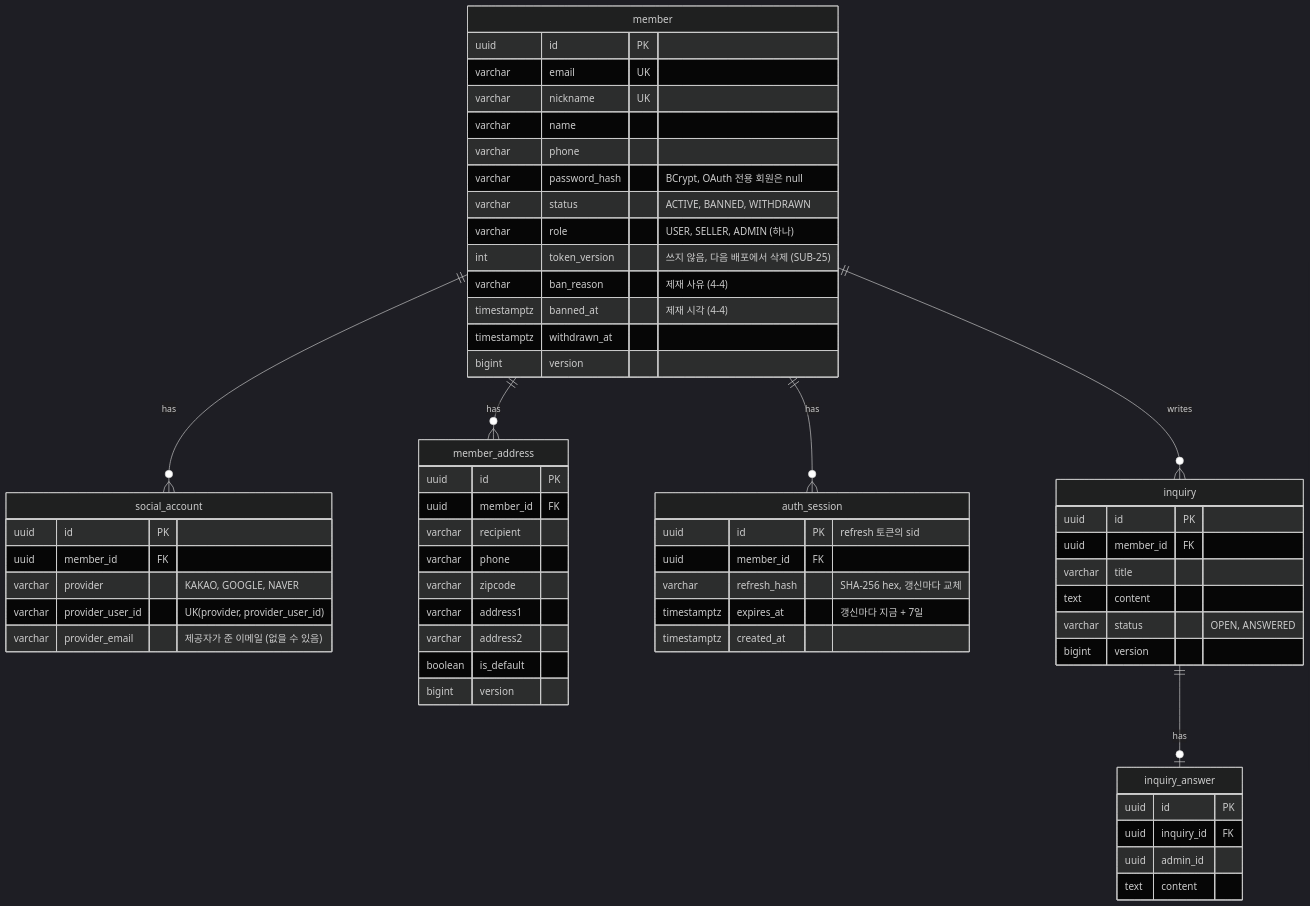
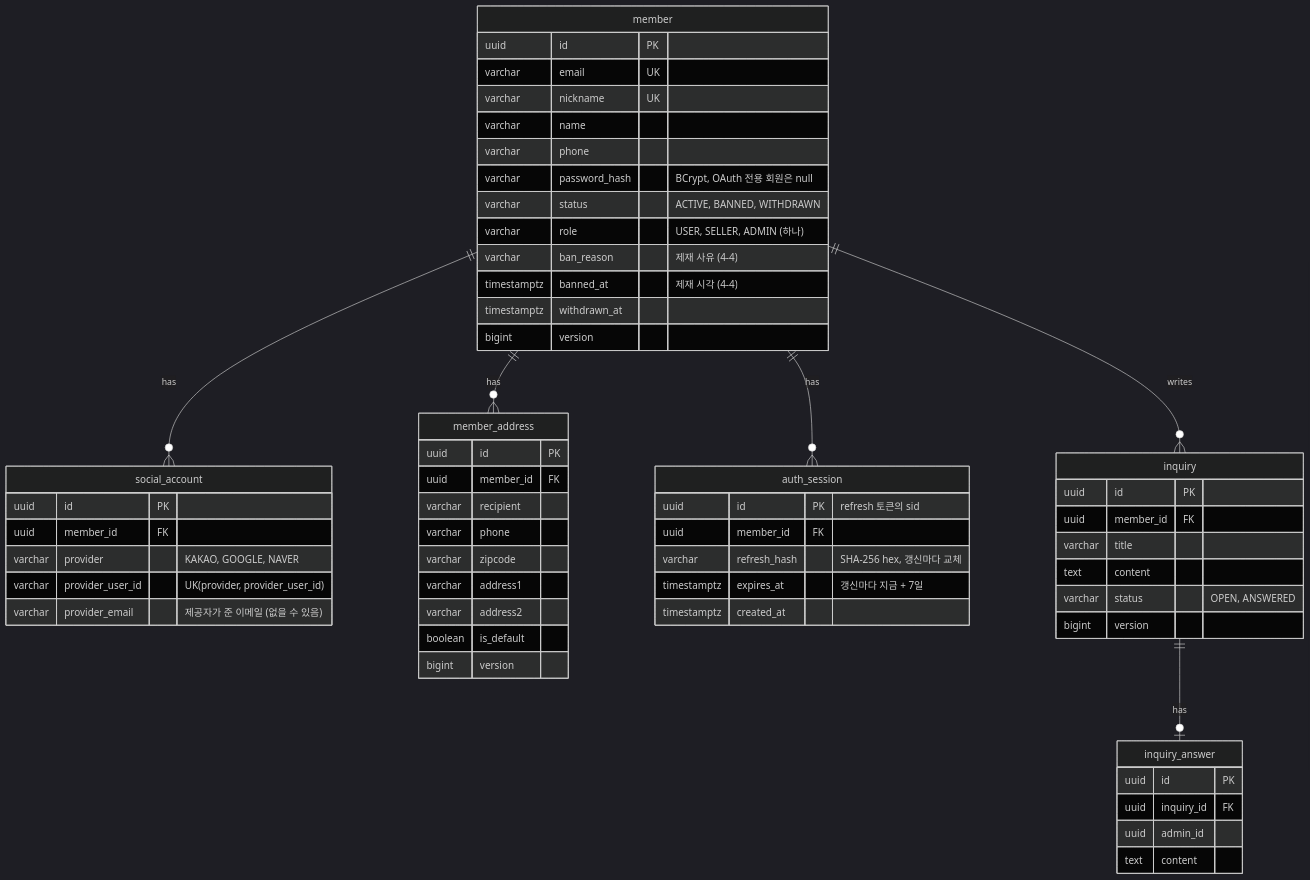
One commit to 95twan/myroutine-v2 changed the first of 10 diagrams in docs/02-design/03-erd.md. Above: the diagram before and after it, drawn with Mermaid (dark theme). The commit also changed other lines of this file and 6 other files, not shown here.

First line of the commit message:
refactor(member): 쓰지 않는 token_version 컬럼 삭제 (SUB-25) (#112)

````diff
--- a/docs/02-design/03-erd.md
+++ b/docs/02-design/03-erd.md
@@ -31,62 +32,61 @@
 ```mermaid
 erDiagram
   member ||--o{ social_account : has
   member ||--o{ member_address : has
   member ||--o{ auth_session : has
   member ||--o{ inquiry : writes
   inquiry ||--o| inquiry_answer : has
   member {
     uuid id PK
     varchar email UK
     varchar nickname UK
     varchar name
     varchar phone
     varchar password_hash "BCrypt, OAuth 전용 회원은 null"
     varchar status "ACTIVE, BANNED, WITHDRAWN"
     varchar role "USER, SELLER, ADMIN (하나)"
-    int token_version "쓰지 않음, 다음 배포에서 삭제 (SUB-25)"
     varchar ban_reason "제재 사유 (4-4)"
     timestamptz banned_at "제재 시각 (4-4)"
     timestamptz withdrawn_at
     bigint version
   }
   auth_session {
     uuid id PK "refresh 토큰의 sid"
     uuid member_id FK
     varchar refresh_hash "SHA-256 hex, 갱신마다 교체"
     timestamptz expires_at "갱신마다 지금 + 7일"
     timestamptz created_at
   }
   social_account {
     uuid id PK
     uuid member_id FK
     varchar provider "KAKAO, GOOGLE, NAVER"
     varchar provider_user_id "UK(provider, provider_user_id)"
     varchar provider_email "제공자가 준 이메일 (없을 수 있음)"
   }
   member_address {
     uuid id PK
     uuid member_id FK
     varchar recipient
     varchar phone
     varchar zipcode
     varchar address1
     varchar address2
     boolean is_default
     bigint version
   }
   inquiry {
     uuid id PK
     uuid member_id FK
     varchar title
     text content
     varchar status "OPEN, ANSWERED"
     bigint version
   }
   inquiry_answer {
     uuid id PK
     uuid inquiry_id FK
     uuid admin_id
     text content
   }
 ```
````
